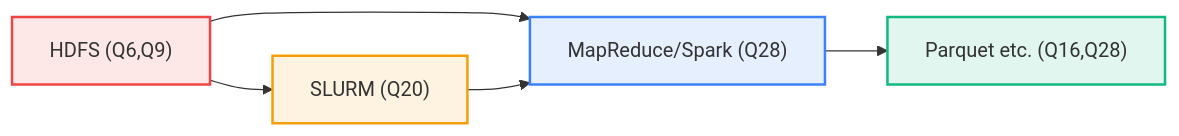
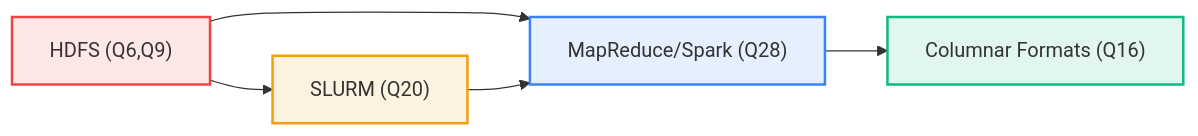
The sixth of 6 diagrams in 302.1-data-computation/summaries/spark.md (MadeInShineA/hei-course-summaries), drawn with Mermaid before and after one commit. The commit also changed other lines of this file, not shown here.

````diff
--- a/302.1-data-computation/summaries/spark.md
+++ b/302.1-data-computation/summaries/spark.md
@@ -783,11 +456,11 @@
 ```mermaid
 graph LR
     Storage["HDFS (Q6,Q9)"] --> Compute["MapReduce/Spark (Q28)"]
-    Compute --> Formats["Parquet etc. (Q16,Q28)"]
+    Compute --> Formats["Columnar Formats (Q16)"]
     Storage --> SLURM["SLURM (Q20)"] --> Compute
-    
+
     style Storage fill:#ef444420,stroke:#ef4444,stroke-width:2px
     style Compute fill:#3b82f620,stroke:#3b82f6,stroke-width:2px
     style Formats fill:#10b98120,stroke:#10b981,stroke-width:2px
     style SLURM fill:#f59e0b20,stroke:#f59e0b,stroke-width:2px
 ```
````
